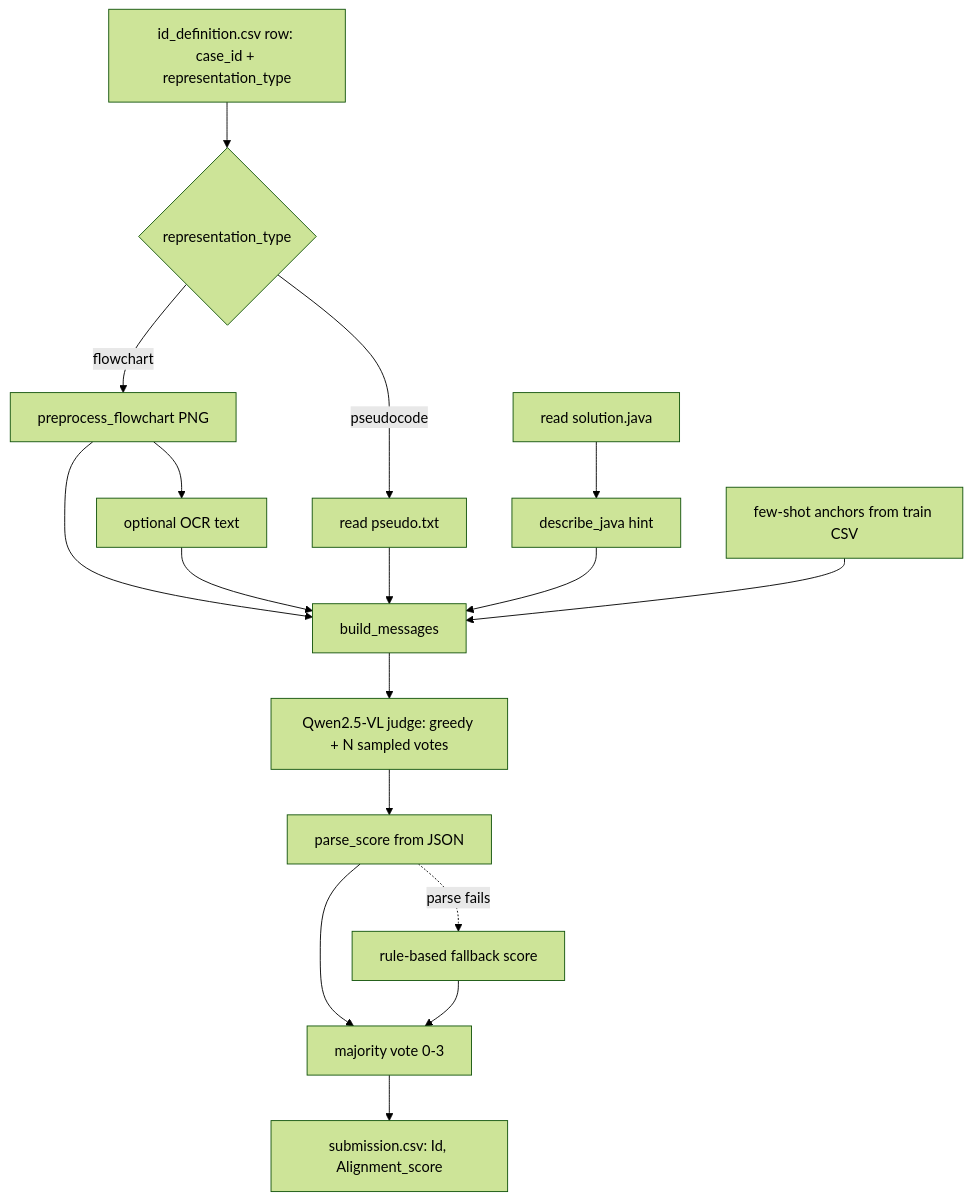
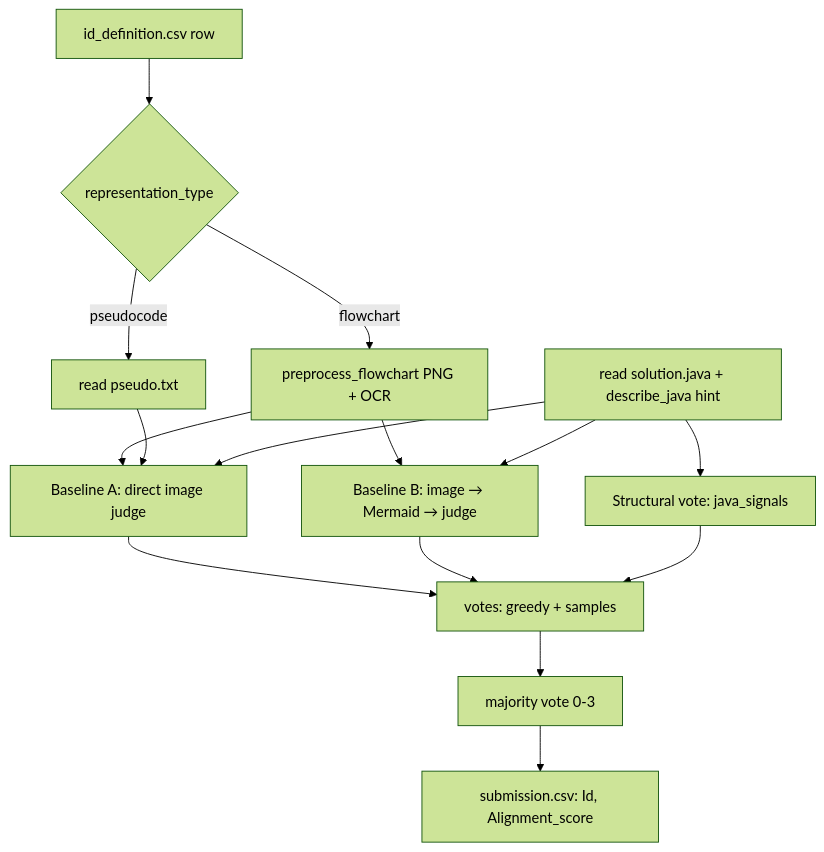
One commit to runtome/FlowchartToCodeAlignmentVerifier changed the diagram in documents/pipeline.md. Above: the diagram before and after it, drawn with Mermaid (forest theme). The commit also changed other lines of this file and 6 other files, not shown here.

Commit message:
change flow

````diff
--- a/documents/pipeline.md
+++ b/documents/pipeline.md
@@ -40,19 +40,17 @@
 ```mermaid
 flowchart TD
-    A[id_definition.csv row: case_id + representation_type] --> B{representation_type}
-    B -->|flowchart| C[preprocess_flowchart PNG]
-    C --> D[optional OCR text]
+    A[id_definition.csv row] --> B{representation_type}
+    B -->|flowchart| C[preprocess_flowchart PNG + OCR]
     B -->|pseudocode| E[read pseudo.txt]
-    F[read solution.java] --> G[describe_java hint]
-    C --> H[build_messages]
-    D --> H
-    E --> H
-    G --> H
-    I[few-shot anchors from train CSV] --> H
-    H --> J[Qwen2.5-VL judge: greedy + N sampled votes]
-    J --> K[parse_score from JSON]
-    K --> L[majority vote 0-3]
+    C --> A1[Baseline A: direct image judge]
+    C --> BB[Baseline B: image → Mermaid → judge]
+    E --> A1
+    F[read solution.java + describe_java hint] --> A1
+    F --> BB
+    F --> S[Structural vote: java_signals]
+    A1 --> V[votes: greedy + samples]
+    BB --> V
+    S --> V
+    V --> L[majority vote 0-3]
     L --> M[submission.csv: Id, Alignment_score]
-    K -.parse fails.-> N[rule-based fallback score]
-    N --> L
 ```
````
